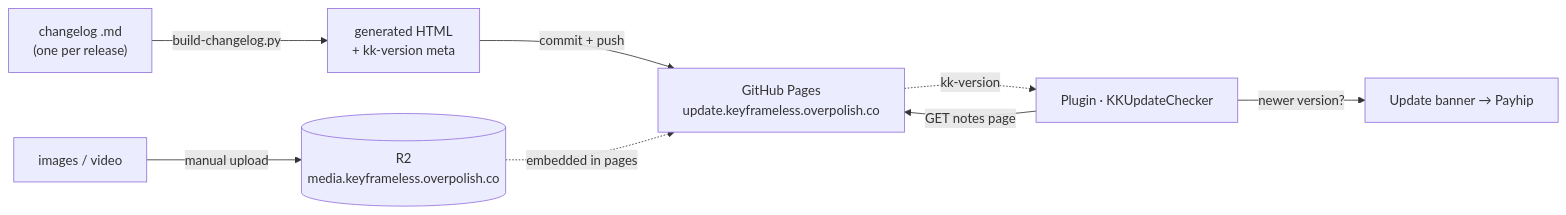
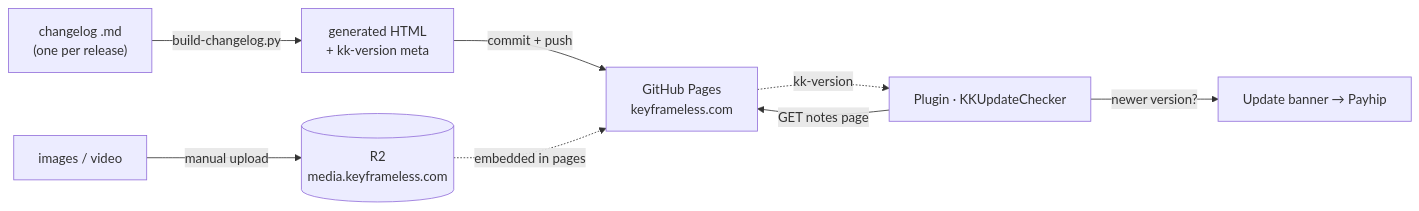
One commit to overpolish/keyframeless changed the first of 2 diagrams in CONTRIBUTING.md. Above: the diagram before and after it, drawn with Mermaid. The commit also changed other lines of this file and 53 other files, not shown here.

````diff
--- a/CONTRIBUTING.md
+++ b/CONTRIBUTING.md
@@ -139,10 +139,10 @@
 ```mermaid
 flowchart LR
   MD["changelog .md<br/>(one per release)"] -->|"build-changelog.py"| HTML["generated HTML<br/>+ kk-version meta"]
-  HTML -->|"commit + push"| Pages["GitHub Pages<br/>update.keyframeless.overpolish.co"]
-  Media["images / video"] -->|"manual upload"| R2m[("R2<br/>media.keyframeless.overpolish.co")]
+  HTML -->|"commit + push"| Pages["GitHub Pages<br/>keyframeless.com"]
+  Media["images / video"] -->|"manual upload"| R2m[("R2<br/>media.keyframeless.com")]
   R2m -.->|"embedded in pages"| Pages
   Plugin["Plugin · KKUpdateChecker"] -->|"GET notes page"| Pages
   Pages -.->|"kk-version"| Plugin
   Plugin -->|"newer version?"| Banner["Update banner → Payhip"]
 ```
````
